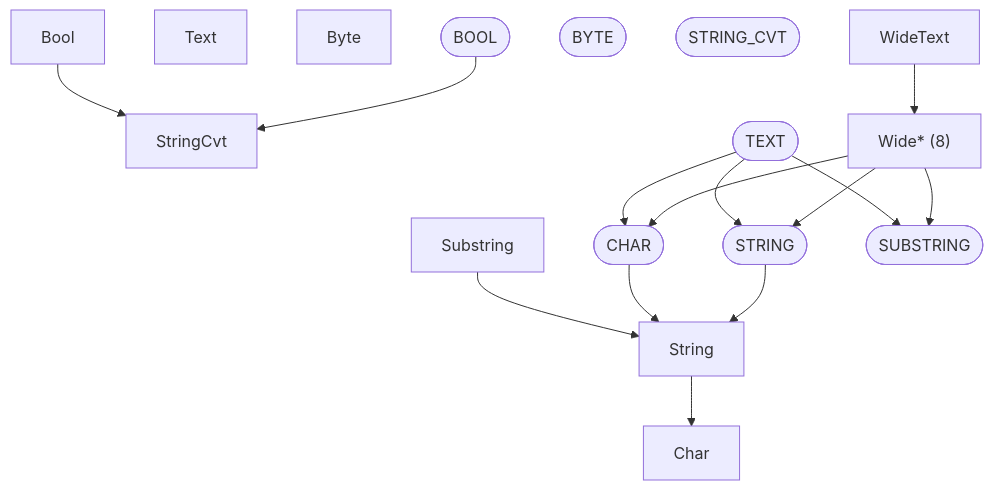
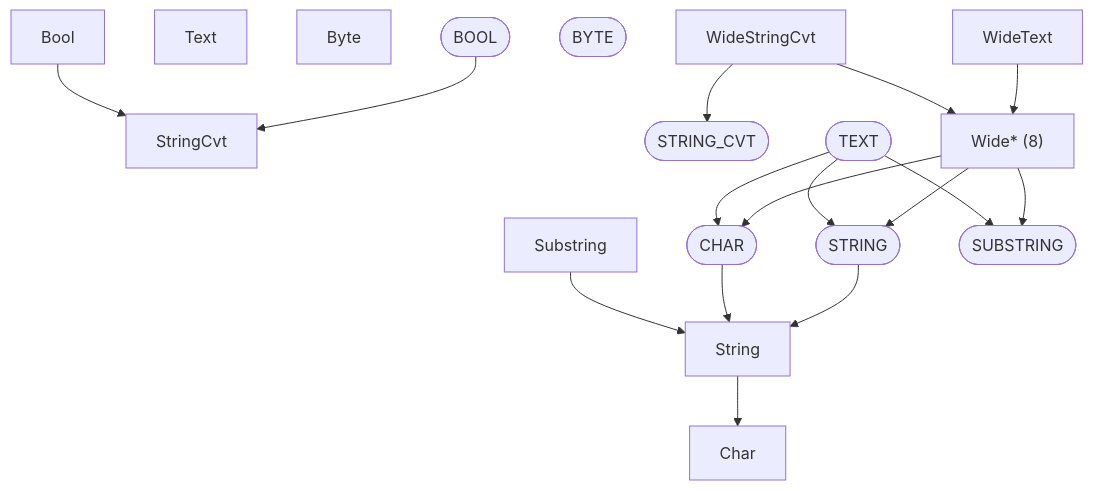
One commit to ruudkoot/rune changed the third of 9 diagrams in docs/lib/basis/depends.md. Above: the diagram before and after it, drawn with Mermaid. The commit also changed other lines of this file and 66 other files, not shown here.

Commit message:
Make TEXT_IO, TEXT_STREAM_IO and STRING_CVT generic, seal WideTextIO with TEXT_IO, add WideStringCvt, and write the change request (utf8 M9)

````diff
--- a/docs/lib/basis/depends.md
+++ b/docs/lib/basis/depends.md
@@ -76,32 +76,35 @@
 ```mermaid
 flowchart TD
   n1["StringCvt"]
   n2["Bool"]
   n20["Char"]
   n21["String"]
   n30["Substring"]
   n59["Text"]
   n75["Byte"]
   n104(["BOOL"])
   n105(["BYTE"])
   n106(["CHAR"])
   n132(["STRING"])
   n133(["STRING_CVT"])
   n134(["SUBSTRING"])
   n144(["TEXT"])
   n156["Wide* (8)"]
-  n157["WideText"]
+  n157["WideStringCvt"]
+  n158["WideText"]
   n2 --> n1
   n21 --> n20
   n30 --> n21
   n104 --> n1
   n106 --> n21
   n132 --> n21
   n144 --> n106
   n144 --> n132
   n144 --> n134
   n156 --> n106
   n156 --> n132
   n156 --> n134
+  n157 --> n133
   n157 --> n156
+  n158 --> n156
 ```
````
